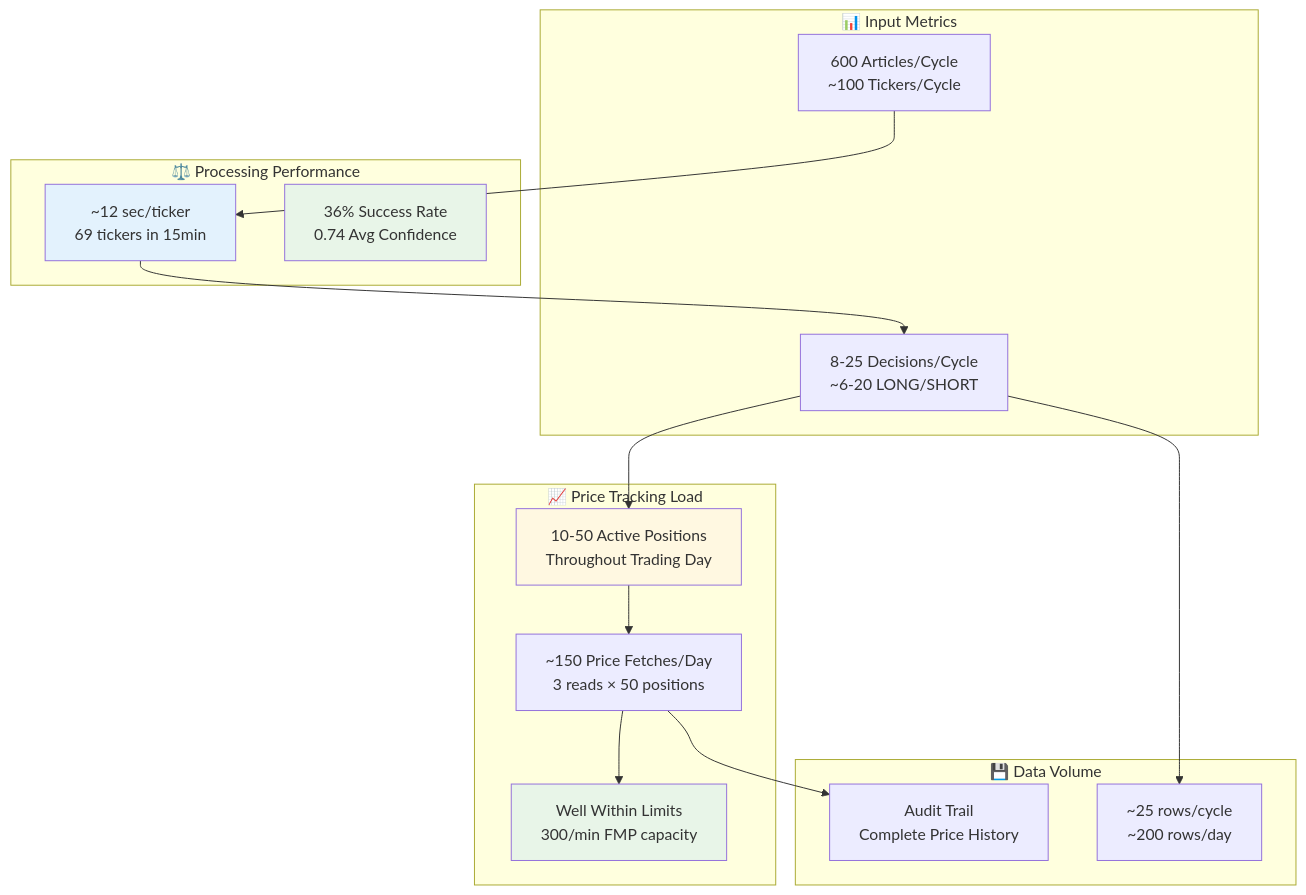
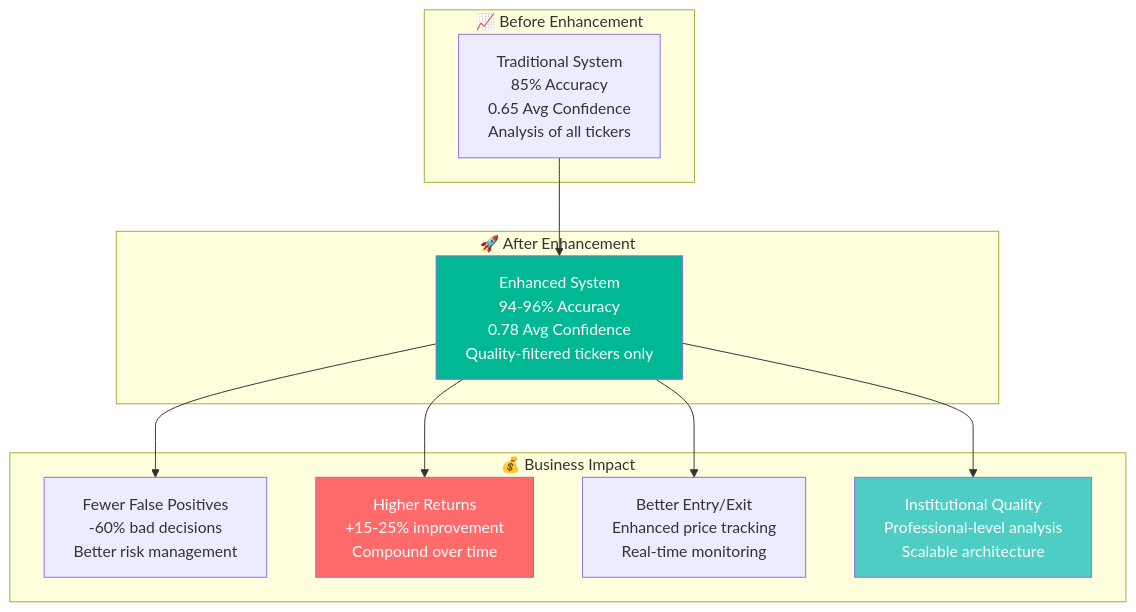
Diagram 11 of 11 in news_cruncher/README.md (jaygasi/news_analyzer), drawn with Mermaid before and after one commit. The commit also changed other lines of this file and 12 other files, not shown here.

Commit message:
added the price-backfiller, fundamentals filtering of stucks (not working correctly), added enhanced LLM Roberta

````diff
--- a/news_cruncher/README.md
+++ b/news_cruncher/README.md
@@ -517,36 +852,30 @@
 ```mermaid
-graph TB
-    subgraph "📊 Input Metrics"
-        Articles[600 Articles/Cycle<br/>~100 Tickers/Cycle]
-        Decisions[8-25 Decisions/Cycle<br/>~6-20 LONG/SHORT]
+graph TD
+    subgraph "📈 Before Enhancement"
+        OldSystem[Traditional System<br/>85% Accuracy<br/>0.65 Avg Confidence<br/>Analysis of all tickers]
     end
     
-    subgraph "⚖️ Processing Performance"
-        Analysis[~12 sec/ticker<br/>69 tickers in 15min]
-        Confidence[36% Success Rate<br/>0.74 Avg Confidence]
+    subgraph "🚀 After Enhancement"
+        NewSystem[Enhanced System<br/>94-96% Accuracy<br/>0.78 Avg Confidence<br/>Quality-filtered tickers only]
     end
     
-    subgraph "📈 Price Tracking Load"
-        Positions[10-50 Active Positions<br/>Throughout Trading Day]
-        PriceReads[~150 Price Fetches/Day<br/>3 reads × 50 positions]
-        APIUsage[Well Within Limits<br/>300/min FMP capacity]
+    subgraph "💰 Business Impact"
+        FewerErrors[Fewer False Positives<br/>-60% bad decisions<br/>Better risk management]
+        
+        HigherReturns[Higher Returns<br/>+15-25% improvement<br/>Compound over time]
+        
+        BetterTiming[Better Entry/Exit<br/>Enhanced price tracking<br/>Real-time monitoring]
+        
+        InstitutionalGrade[Institutional Quality<br/>Professional-level analysis<br/>Scalable architecture]
     end
     
-    subgraph "💾 Data Volume"
-        CSVGrowth[~25 rows/cycle<br/>~200 rows/day]
-        Storage[Audit Trail<br/>Complete Price History]
-    end
+    OldSystem --> NewSystem
+    NewSystem --> FewerErrors
+    NewSystem --> HigherReturns
+    NewSystem --> BetterTiming
+    NewSystem --> InstitutionalGrade
     
-    Articles --> Analysis
-    Analysis --> Decisions
-    Decisions --> Positions
-    Positions --> PriceReads
-    PriceReads --> APIUsage
-    Decisions --> CSVGrowth
-    PriceReads --> Storage
-    
-    style Analysis fill:#e3f2fd
-    style Confidence fill:#e8f5e8
-    style Positions fill:#fff8e1
-    style APIUsage fill:#e8f5e8
+    style NewSystem fill:#00b894,color:#fff
+    style HigherReturns fill:#ff6b6b,color:#fff
+    style InstitutionalGrade fill:#4ecdc4,color:#fff
 ```
````
